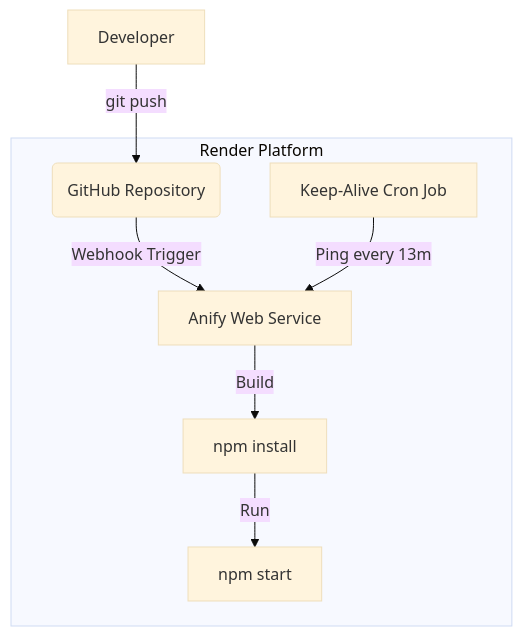
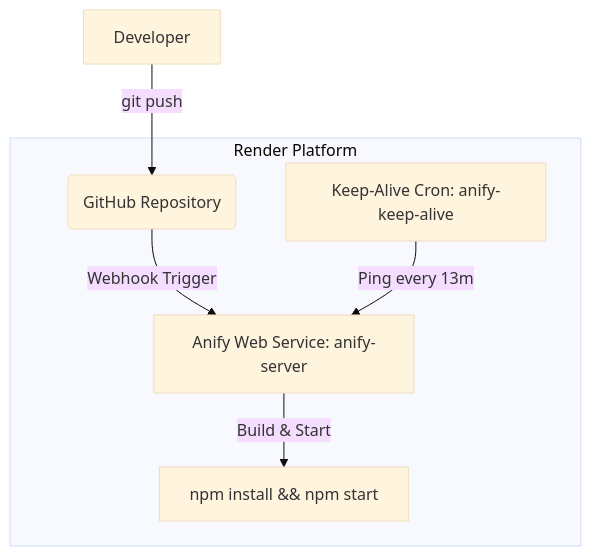
One commit to satyakiran29/Anify_Server changed the third of 3 diagrams in README.md. Above: the diagram before and after it, drawn with Mermaid (base theme). The commit also changed other lines of this file and 1 other file, not shown here.

````diff
--- a/README.md
+++ b/README.md
@@ -307,12 +520,11 @@
 ```mermaid
 flowchart TD
     Dev[Developer] -->|git push| GitHub(GitHub Repository)
     
     subgraph Render Platform
-        GitHub -->|Webhook Trigger| WebService[Anify Web Service]
-        WebService -->|Build| Install[npm install]
-        Install -->|Run| Start[npm start]
+        GitHub -->|Webhook Trigger| WebService[Anify Web Service: anify-server]
+        WebService -->|Build & Start| Run[npm install && npm start]
         
-        CronJob[Keep-Alive Cron Job] -->|Ping every 13m| WebService
+        CronJob[Keep-Alive Cron: anify-keep-alive] -->|Ping every 13m| WebService
     end
 ```
````
